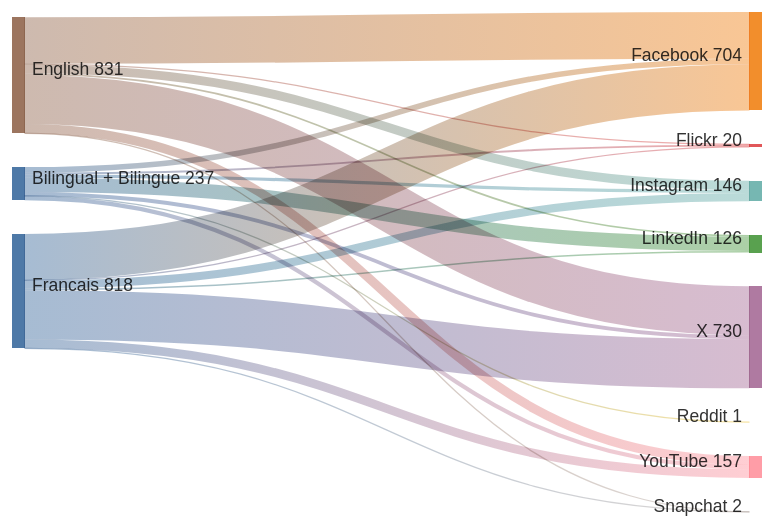
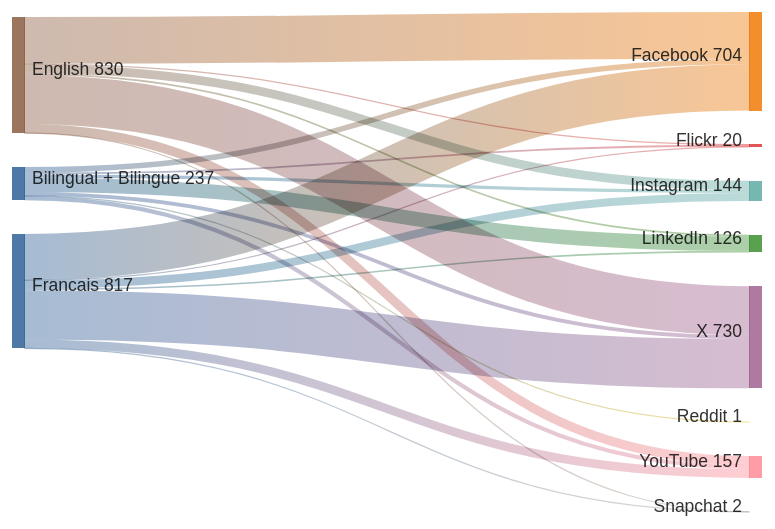
The diagram in sankey_diagram.md (PatLittle/GC-Socials), drawn with Mermaid before and after one commit.

Commit message:
Update Sankey diagram for the most recent day

````diff
--- a/sankey_diagram.md
+++ b/sankey_diagram.md
@@ -1,24 +1,24 @@
 ```mermaid
 sankey-beta
   Bilingual + Bilingue,Facebook,40
   Bilingual + Bilingue,Flickr,13
   Bilingual + Bilingue,Instagram,23
   Bilingual + Bilingue,LinkedIn,103
   Bilingual + Bilingue,Reddit,1
   Bilingual + Bilingue,X,27
   Bilingual + Bilingue,YouTube,30
   English,Facebook,334
   English,Flickr,4
-  English,Instagram,64
+  English,Instagram,63
   English,LinkedIn,12
   English,Snapchat,1
   English,X,351
   English,YouTube,65
   Francais,Facebook,330
   Francais,Flickr,3
-  Francais,Instagram,59
+  Francais,Instagram,58
   Francais,LinkedIn,11
   Francais,Snapchat,1
   Francais,X,352
   Francais,YouTube,62
 ```
````
